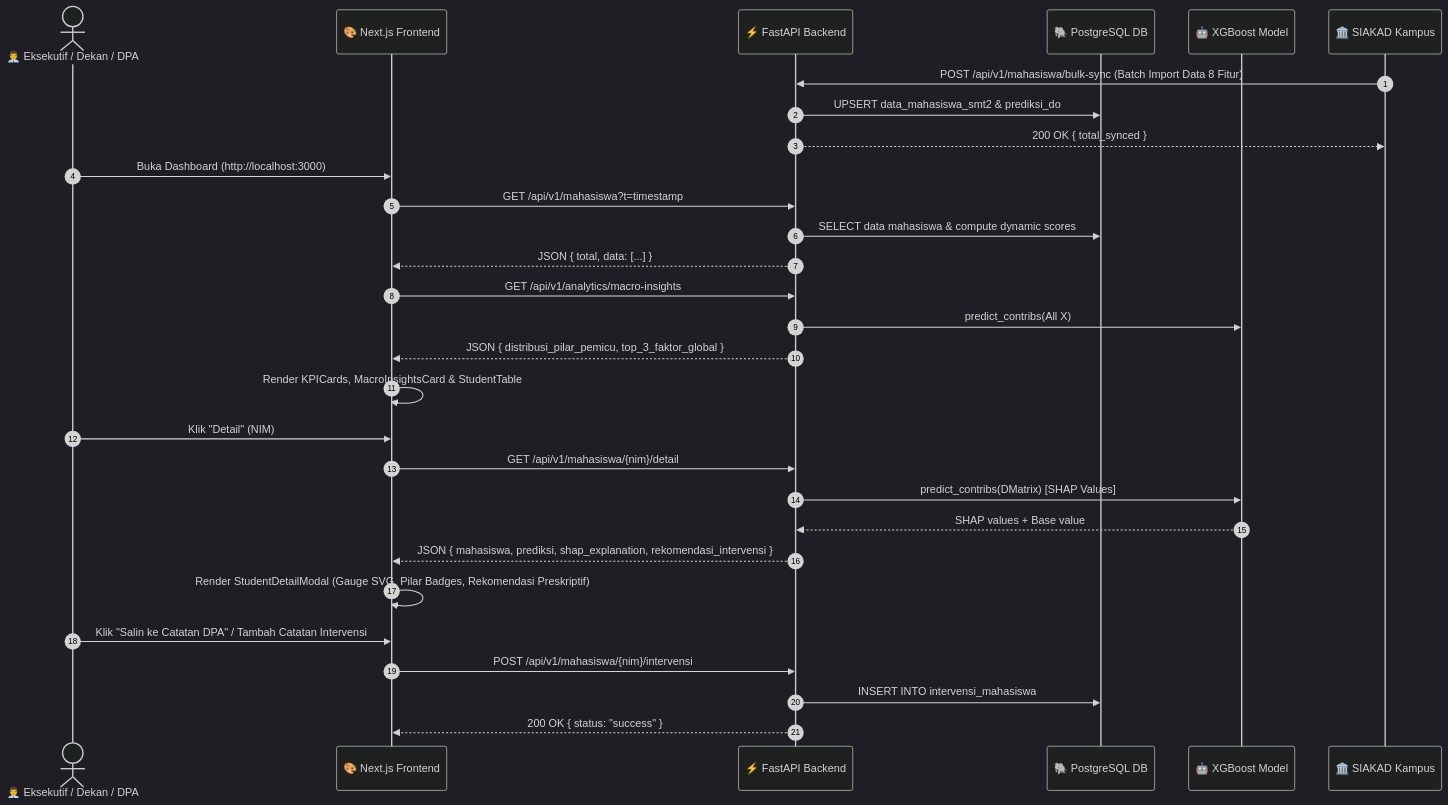
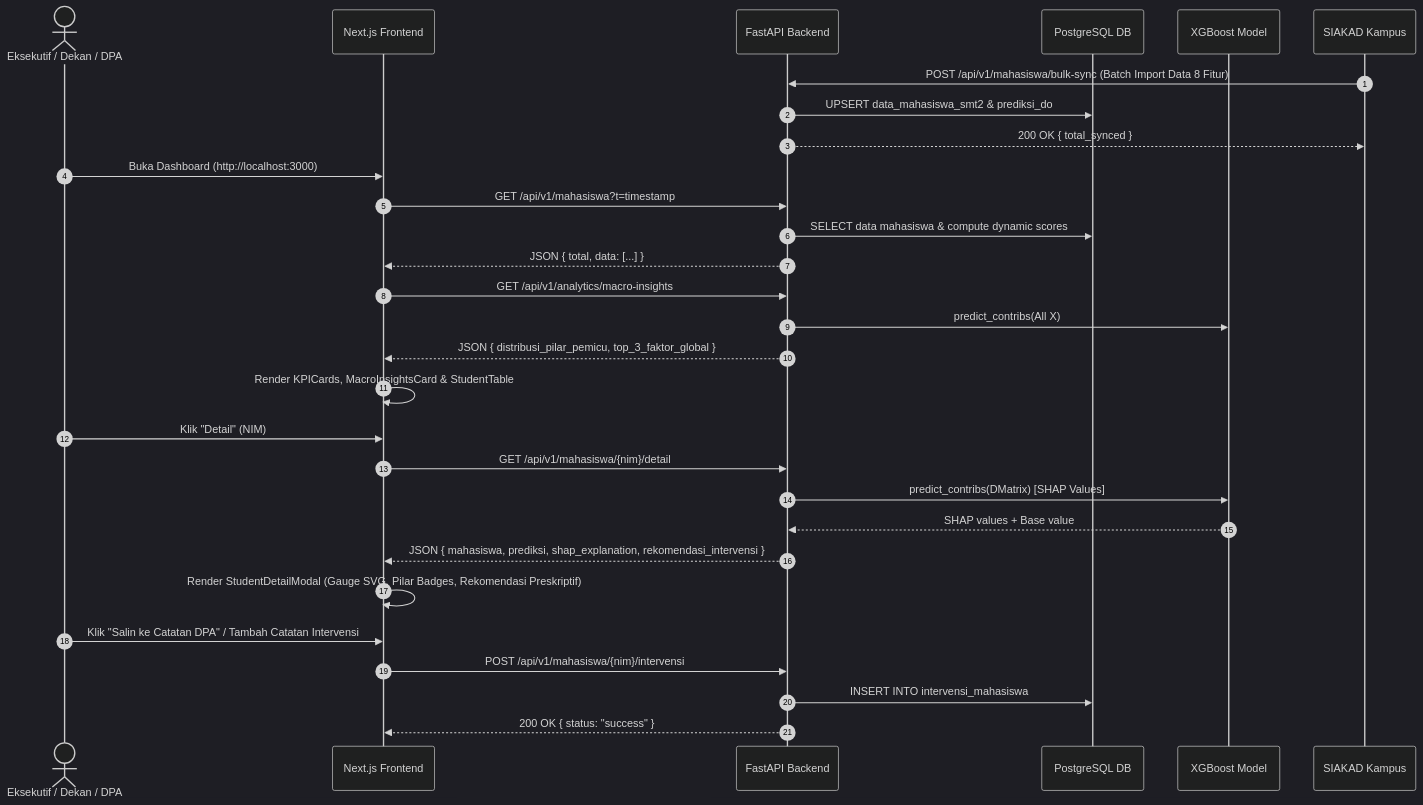
One commit to wahyusatya/Prediksi-DO-XGBoost-SHAP_Magang changed the third of 3 diagrams in DOCUMENTATION.md. Above: the diagram before and after it, drawn with Mermaid (dark theme). The commit also changed other lines of this file and 2 other files, not shown here.

Commit message:
Penghapusan icon di dokumentasi

````diff
--- a/DOCUMENTATION.md
+++ b/DOCUMENTATION.md
@@ -351,35 +351,35 @@
 ```mermaid
 sequenceDiagram
     autonumber
-    actor Exec as 👨‍💼 Eksekutif / Dekan / DPA
-    participant FE as 🎨 Next.js Frontend
-    participant API as ⚡ FastAPI Backend
-    participant DB as 🐘 PostgreSQL DB
-    participant ML as 🤖 XGBoost Model
-    participant SIAKAD as 🏛️ SIAKAD Kampus
+    actor Exec as Eksekutif / Dekan / DPA
+    participant FE as Next.js Frontend
+    participant API as FastAPI Backend
+    participant DB as PostgreSQL DB
+    participant ML as XGBoost Model
+    participant SIAKAD as SIAKAD Kampus
 
     SIAKAD->>API: POST /api/v1/mahasiswa/bulk-sync (Batch Import Data 8 Fitur)
     API->>DB: UPSERT data_mahasiswa_smt2 & prediksi_do
     API-->>SIAKAD: 200 OK { total_synced }
 
     Exec->>FE: Buka Dashboard (http://localhost:3000)
     FE->>API: GET /api/v1/mahasiswa?t=timestamp
     API->>DB: SELECT data mahasiswa & compute dynamic scores
     API-->>FE: JSON { total, data: [...] }
     FE->>API: GET /api/v1/analytics/macro-insights
     API->>ML: predict_contribs(All X)
     API-->>FE: JSON { distribusi_pilar_pemicu, top_3_faktor_global }
     FE->>FE: Render KPICards, MacroInsightsCard & StudentTable
 
     Exec->>FE: Klik "Detail" (NIM)
     FE->>API: GET /api/v1/mahasiswa/{nim}/detail
     API->>ML: predict_contribs(DMatrix) [SHAP Values]
     ML-->>API: SHAP values + Base value
     API-->>FE: JSON { mahasiswa, prediksi, shap_explanation, rekomendasi_intervensi }
     FE->>FE: Render StudentDetailModal (Gauge SVG, Pilar Badges, Rekomendasi Preskriptif)
 
     Exec->>FE: Klik "Salin ke Catatan DPA" / Tambah Catatan Intervensi
     FE->>API: POST /api/v1/mahasiswa/{nim}/intervensi
     API->>DB: INSERT INTO intervensi_mahasiswa
     API-->>FE: 200 OK { status: "success" }
 ```
````
